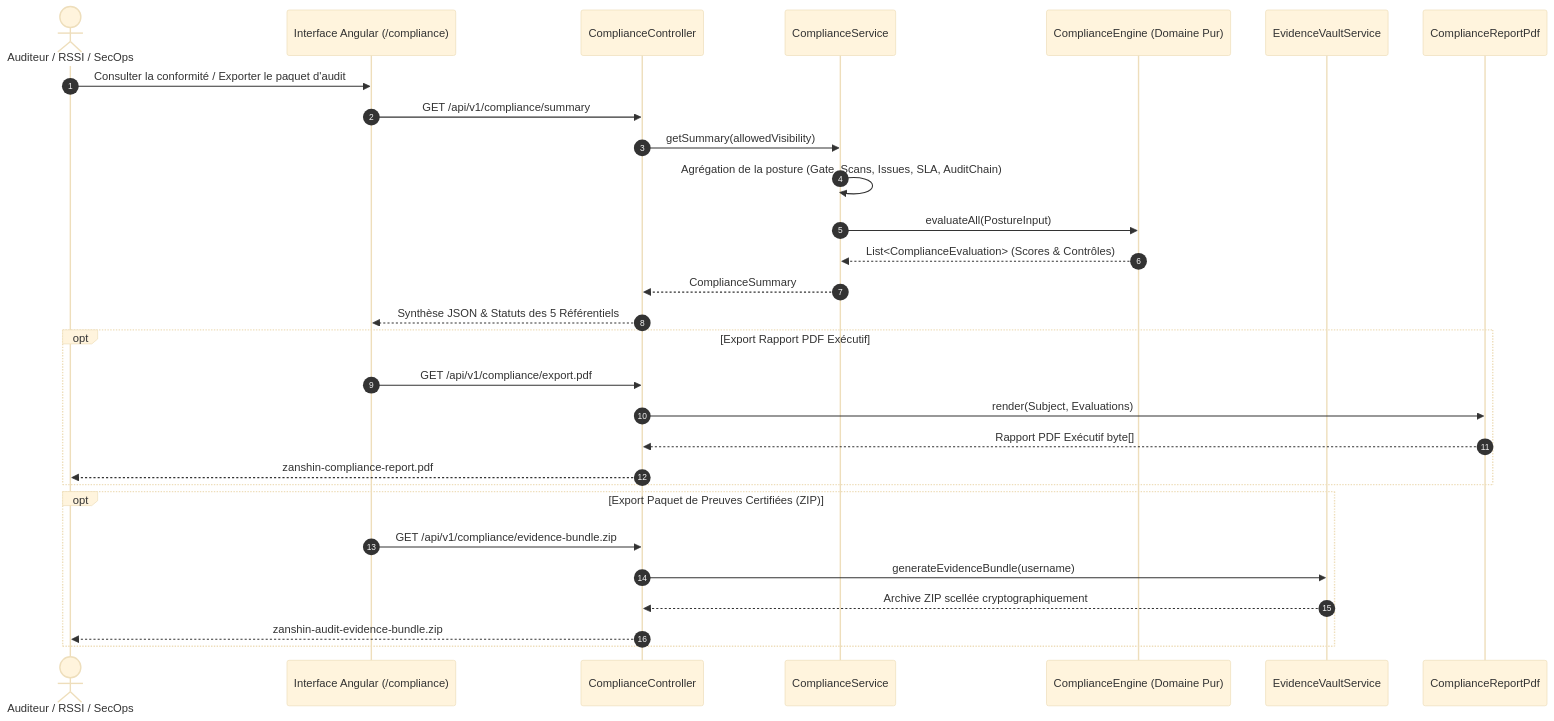
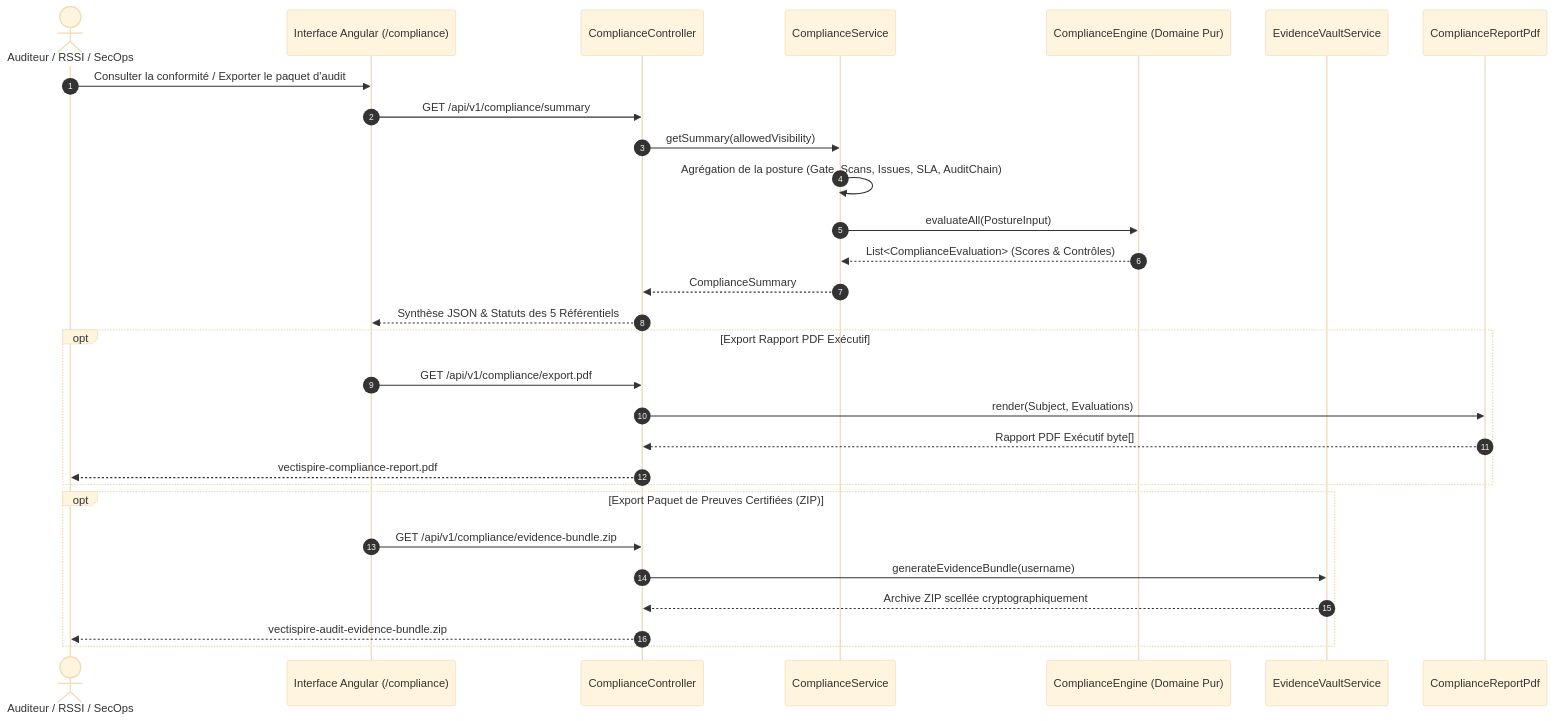
The diagram in docs/fr/COMPLIANCE_AND_REGULATORY.fr.md (asmolabs/vectispire), drawn with Mermaid (base theme) before and after one commit. The commit also changed other lines of this file and 627 other files, not shown here.

````diff
--- a/docs/fr/COMPLIANCE_AND_REGULATORY.fr.md
+++ b/docs/fr/COMPLIANCE_AND_REGULATORY.fr.md
@@ -15,34 +15,34 @@
 ```mermaid
 sequenceDiagram
     autonumber
     actor Auditeur as Auditeur / RSSI / SecOps
     participant UI as Interface Angular (/compliance)
     participant Ctrl as ComplianceController
     participant Svc as ComplianceService
     participant Engine as ComplianceEngine (Domaine Pur)
     participant Vault as EvidenceVaultService
     participant PDF as ComplianceReportPdf
 
     Auditeur->>UI: Consulter la conformité / Exporter le paquet d'audit
     UI->>Ctrl: GET /api/v1/compliance/summary
     Ctrl->>Svc: getSummary(allowedVisibility)
     Svc->>Svc: Agrégation de la posture (Gate, Scans, Issues, SLA, AuditChain)
     Svc->>Engine: evaluateAll(PostureInput)
     Engine-->>Svc: List<ComplianceEvaluation> (Scores & Contrôles)
     Svc-->>Ctrl: ComplianceSummary
     Ctrl-->>UI: Synthèse JSON & Statuts des 5 Référentiels
 
     opt Export Rapport PDF Exécutif
         UI->>Ctrl: GET /api/v1/compliance/export.pdf
         Ctrl->>PDF: render(Subject, Evaluations)
         PDF-->>Ctrl: Rapport PDF Exécutif byte[]
-        Ctrl-->>Auditeur: zanshin-compliance-report.pdf
+        Ctrl-->>Auditeur: vectispire-compliance-report.pdf
     end
 
     opt Export Paquet de Preuves Certifiées (ZIP)
         UI->>Ctrl: GET /api/v1/compliance/evidence-bundle.zip
         Ctrl->>Vault: generateEvidenceBundle(username)
         Vault-->>Ctrl: Archive ZIP scellée cryptographiquement
-        Ctrl-->>Auditeur: zanshin-audit-evidence-bundle.zip
+        Ctrl-->>Auditeur: vectispire-audit-evidence-bundle.zip
     end
 ```
````
